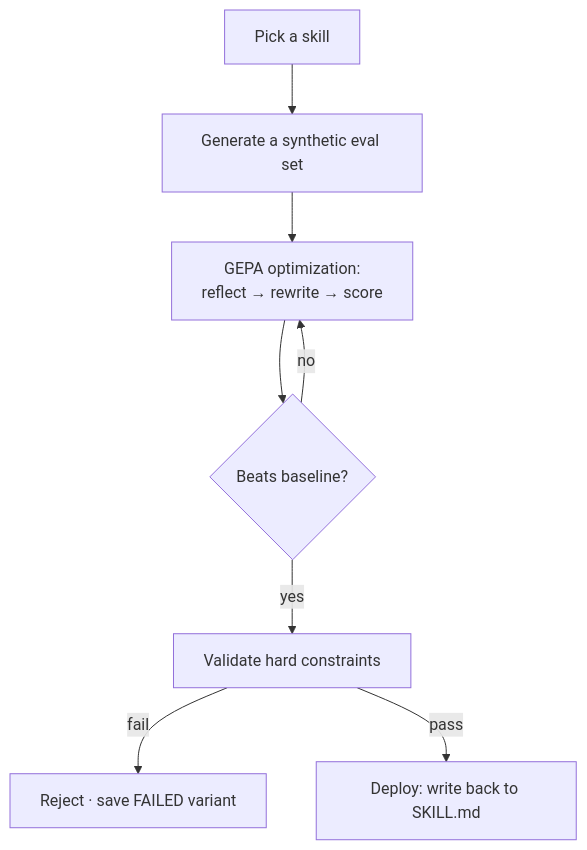
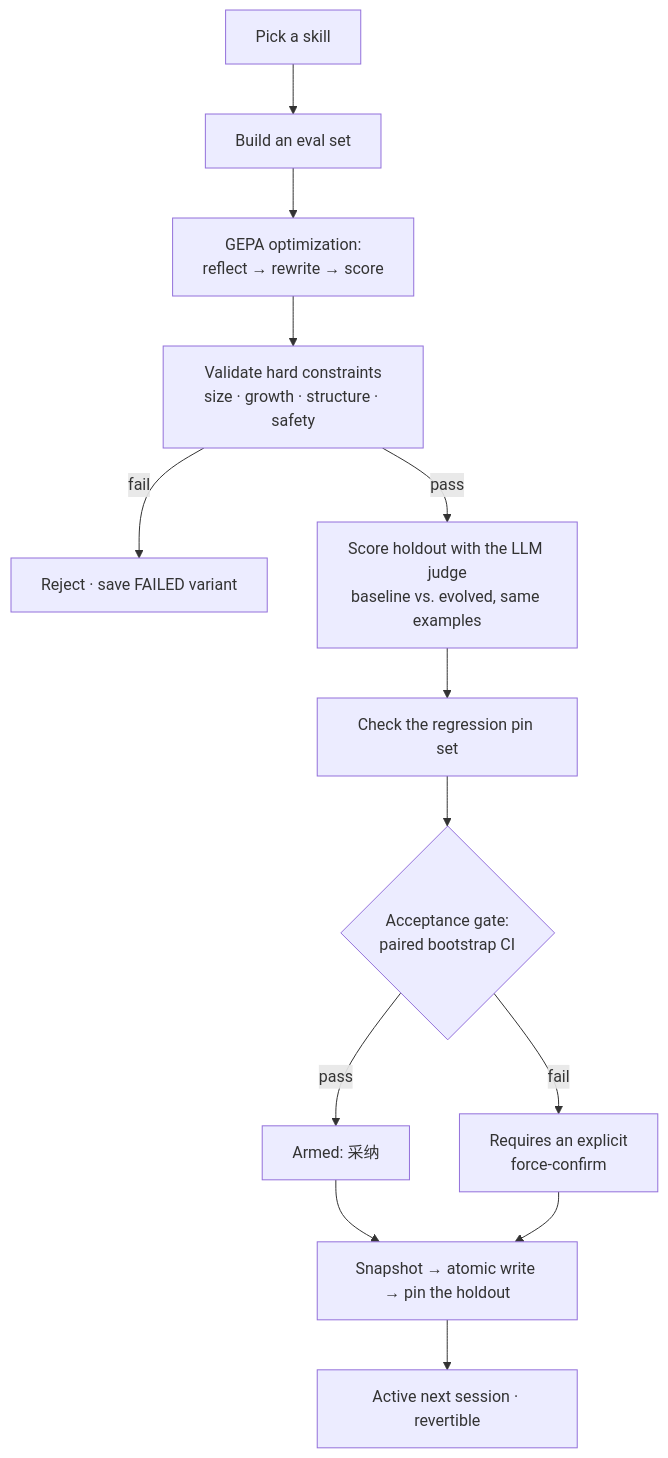
One commit to dctongsheng/mo-agent changed the diagram in docs/self-evolution.md. Above: the diagram before and after it, drawn with Mermaid. The commit also changed other lines of this file and 5 other files, not shown here.

````diff
--- a/docs/self-evolution.md
+++ b/docs/self-evolution.md
@@ -9,10 +11,15 @@
 ```mermaid
 flowchart TD
-    A[Pick a skill] --> B[Generate a synthetic eval set]
+    A[Pick a skill] --> B[Build an eval set]
     B --> C[GEPA optimization:<br/>reflect → rewrite → score]
-    C --> D{Beats baseline?}
-    D -- no --> C
-    D -- yes --> E[Validate hard constraints]
-    E -- fail --> X[Reject · save FAILED variant]
-    E -- pass --> F[Deploy: write back to SKILL.md]
+    C --> D[Validate hard constraints<br/>size · growth · structure · safety]
+    D -- fail --> X[Reject · save FAILED variant]
+    D -- pass --> E[Score holdout with the LLM judge<br/>baseline vs. evolved, same examples]
+    E --> F[Check the regression pin set]
+    F --> G{Acceptance gate:<br/>paired bootstrap CI}
+    G -- pass --> H[Armed: 采纳]
+    G -- fail --> I[Requires an explicit<br/>force-confirm]
+    H --> J[Snapshot → atomic write → pin the holdout]
+    I --> J
+    J --> K[Active next session · revertible]
 ```
````
